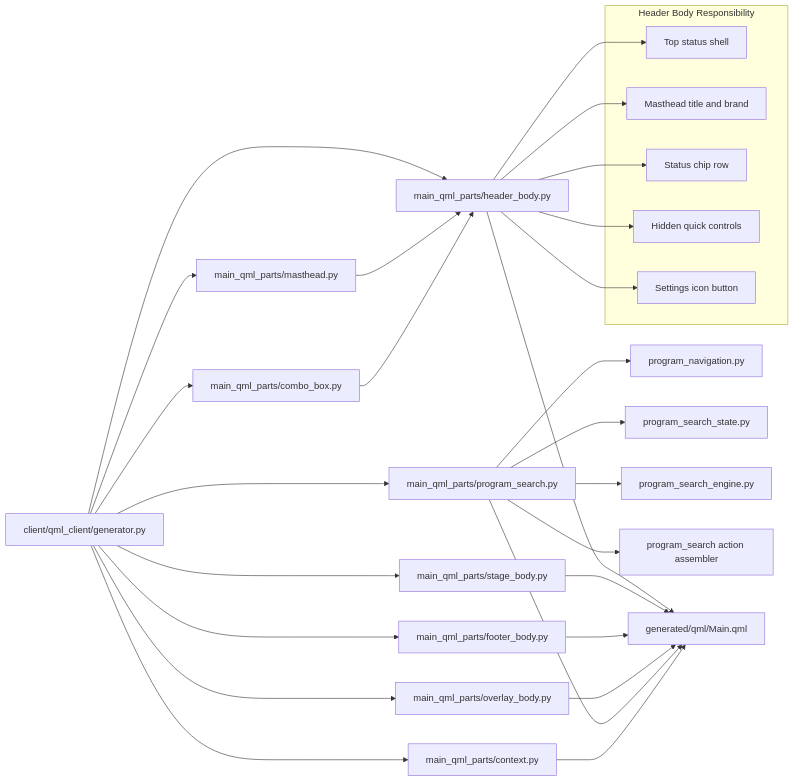
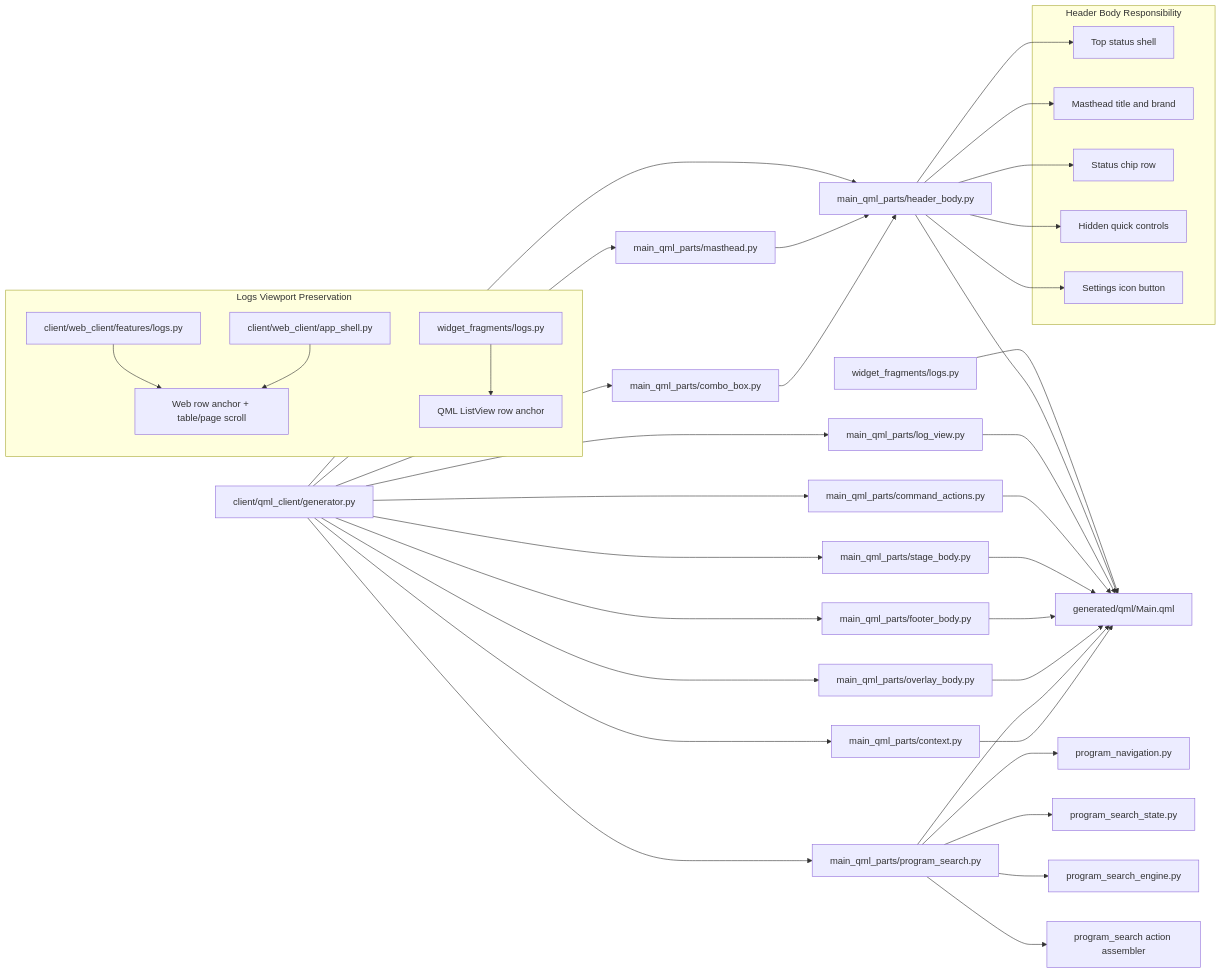
One commit to luppiterw/metanc_hmi_dsl_reports changed the diagram in 2026-05-11-codex-session/architecture-diagram.md. Above: the diagram before and after it, drawn with Mermaid. The commit also changed 19 other files, not shown here.

Commit message:
docs: update 2026-05-11 logs viewport report

````diff
--- a/2026-05-11-codex-session/architecture-diagram.md
+++ b/2026-05-11-codex-session/architecture-diagram.md
@@ -3,38 +3,52 @@
 ```mermaid
 flowchart LR
     G[client/qml_client/generator.py]
     G --> H[main_qml_parts/header_body.py]
     G --> S[main_qml_parts/stage_body.py]
     G --> F[main_qml_parts/footer_body.py]
     G --> O[main_qml_parts/overlay_body.py]
     G --> C[main_qml_parts/context.py]
     G --> M[main_qml_parts/masthead.py]
     G --> CB[main_qml_parts/combo_box.py]
     G --> PS[main_qml_parts/program_search.py]
+    G --> LV[main_qml_parts/log_view.py]
+    G --> CA[main_qml_parts/command_actions.py]
+    WG[widget_fragments/logs.py] --> QML
     PS --> PN[program_navigation.py]
     PS --> PSS[program_search_state.py]
     PS --> PSE[program_search_engine.py]
     PS --> PSA[program_search action assembler]
     H --> QML[generated/qml/Main.qml]
+    LV --> QML
+    CA --> QML
     S --> QML
     F --> QML
     O --> QML
     PS --> QML
     C --> QML
     M --> H
     CB --> H
 
     subgraph Header Body Responsibility
         H1[Top status shell]
         H2[Masthead title and brand]
         H3[Status chip row]
         H4[Hidden quick controls]
         H5[Settings icon button]
     end
 
     H --> H1
     H --> H2
     H --> H3
     H --> H4
     H --> H5
+
+    subgraph Logs Viewport Preservation
+        WLOG[client/web_client/features/logs.py]
+        WSHELL[client/web_client/app_shell.py]
+        QLOG[widget_fragments/logs.py]
+        WLOG --> WANCHOR[Web row anchor + table/page scroll]
+        WSHELL --> WANCHOR
+        QLOG --> QANCHOR[QML ListView row anchor]
+    end
 ```
````
